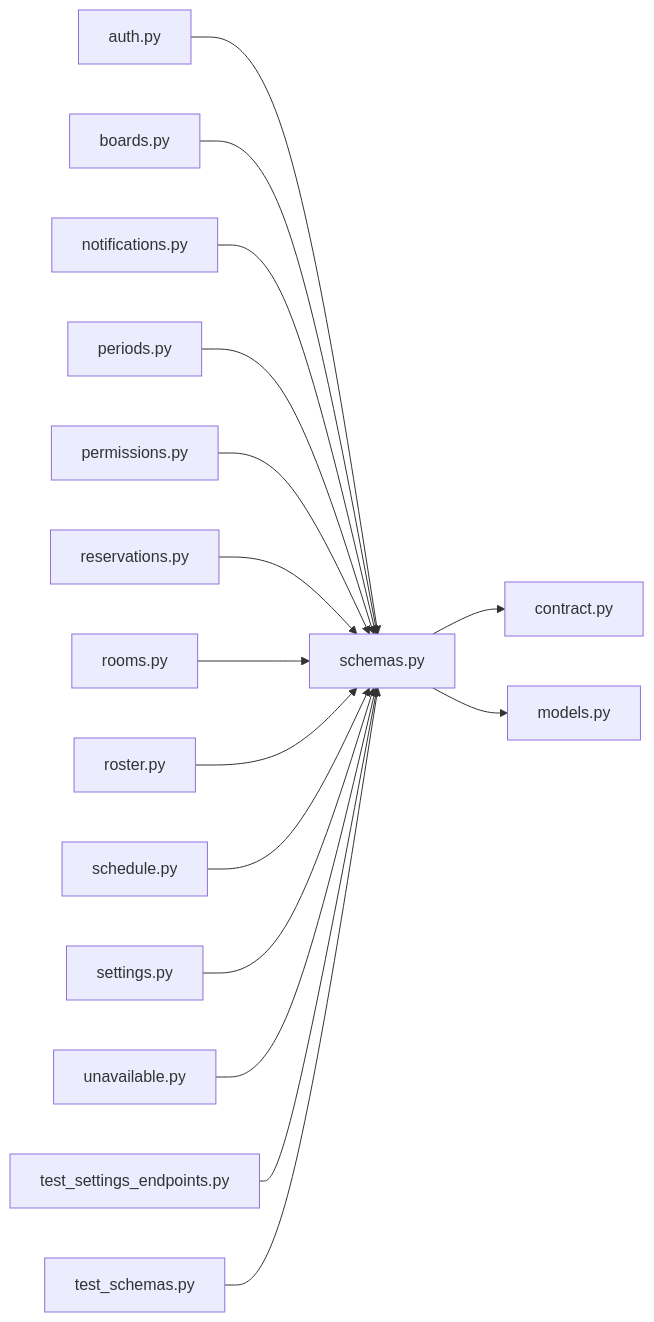
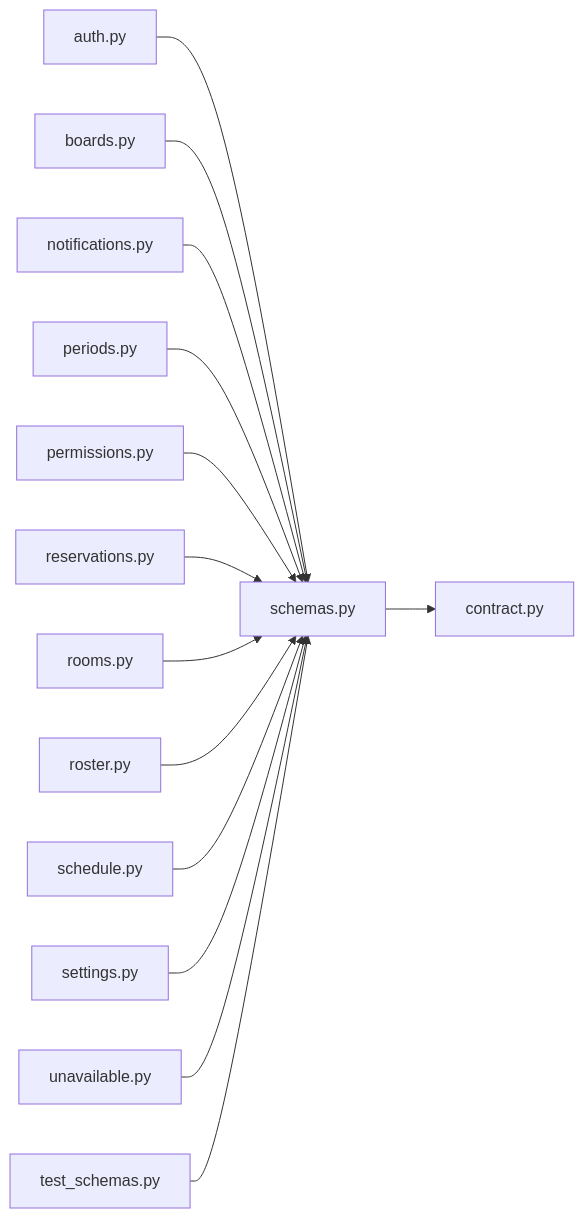
One commit to minkong-dev/Banblit changed the diagram in .cluedoc/graph/backend/src/backend/api/schemas.md. Above: the diagram before and after it, drawn with Mermaid. The commit also changed other lines of this file and 48 other files, not shown here.

````diff
--- a/.cluedoc/graph/backend/src/backend/api/schemas.md
+++ b/.cluedoc/graph/backend/src/backend/api/schemas.md
@@ -10,19 +10,17 @@
 ```mermaid
 flowchart LR
   backend_src_backend_api_schemas["schemas.py"]
   backend_src_backend_api_schemas --> backend_src_backend_contract["contract.py"]
-  backend_src_backend_api_schemas --> backend_src_backend_db_models["models.py"]
   backend_src_backend_api_routers_auth["auth.py"] --> backend_src_backend_api_schemas
   backend_src_backend_api_routers_boards["boards.py"] --> backend_src_backend_api_schemas
   backend_src_backend_api_routers_notifications["notifications.py"] --> backend_src_backend_api_schemas
   backend_src_backend_api_routers_periods["periods.py"] --> backend_src_backend_api_schemas
   backend_src_backend_api_routers_permissions["permissions.py"] --> backend_src_backend_api_schemas
   backend_src_backend_api_routers_reservations["reservations.py"] --> backend_src_backend_api_schemas
   backend_src_backend_api_routers_rooms["rooms.py"] --> backend_src_backend_api_schemas
   backend_src_backend_api_routers_roster["roster.py"] --> backend_src_backend_api_schemas
   backend_src_backend_api_routers_schedule["schedule.py"] --> backend_src_backend_api_schemas
   backend_src_backend_api_routers_settings["settings.py"] --> backend_src_backend_api_schemas
   backend_src_backend_api_routers_unavailable["unavailable.py"] --> backend_src_backend_api_schemas
-  backend_tests_integration_db_test_settings_endpoints["test_settings_endpoints.py"] --> backend_src_backend_api_schemas
   backend_tests_unit_test_schemas["test_schemas.py"] --> backend_src_backend_api_schemas
 ```
````
